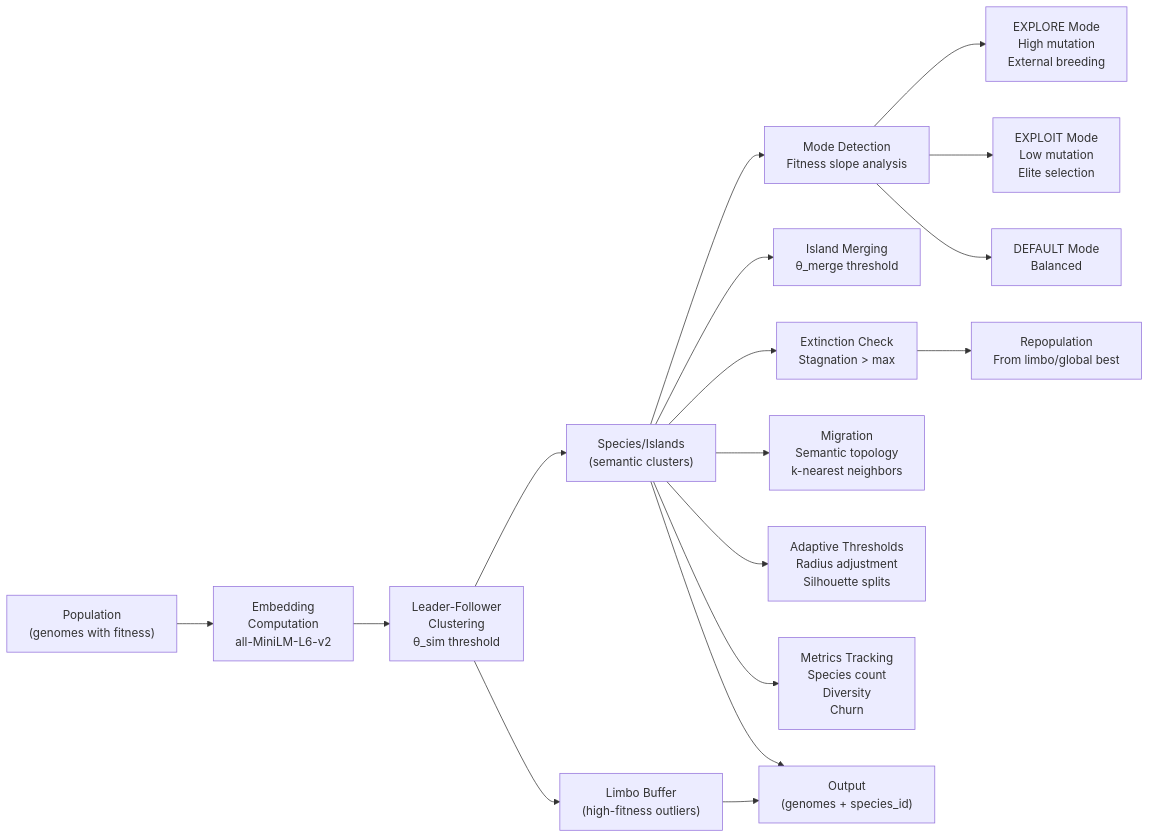
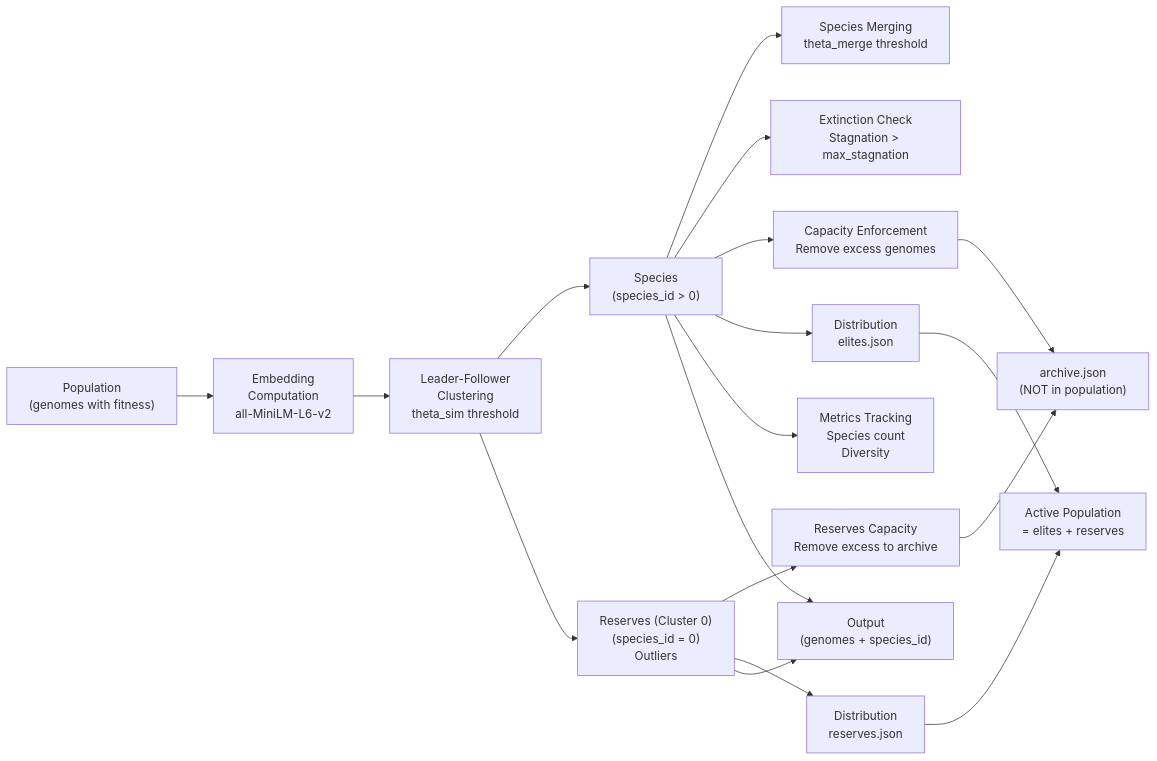
The second of 2 diagrams in ARCHITECTURE.md (Onkar2102/ToxSearch), drawn with Mermaid before and after one commit. The commit also changed other lines of this file and 24 other files, not shown here.

First line of the commit message:
Updated architecture and process flow documentation to reflect changes in speciation framework

````diff
--- a/ARCHITECTURE.md
+++ b/ARCHITECTURE.md
@@ -74,25 +76,27 @@
 ```mermaid
 flowchart LR
   POP["Population<br/>(genomes with fitness)"] --> EMB["Embedding<br/>Computation<br/>all-MiniLM-L6-v2"]
-  EMB --> LF["Leader-Follower<br/>Clustering<br/>θ_sim threshold"]
-  LF --> SP["Species/Islands<br/>(semantic clusters)"]
-  LF --> LIM["Limbo Buffer<br/>(high-fitness outliers)"]
+  EMB --> LF["Leader-Follower<br/>Clustering<br/>theta_sim threshold"]
+  LF --> SP["Species<br/>(species_id > 0)"]
+    LF --> RES["Reserves (Cluster 0)<br/>(species_id = 0)<br/>Outliers"]
   
-  SP --> MODE["Mode Detection<br/>Fitness slope analysis"]
-  MODE --> EXP["EXPLORE Mode<br/>High mutation<br/>External breeding"]
-  MODE --> EXP2["EXPLOIT Mode<br/>Low mutation<br/>Elite selection"]
-  MODE --> DEF["DEFAULT Mode<br/>Balanced"]
+  SP --> MERGE["Species Merging<br/>theta_merge threshold"]
+  SP --> EXT["Extinction Check<br/>Stagnation > max_stagnation"]
+  SP --> CAP["Capacity Enforcement<br/>Remove excess genomes"]
   
-  SP --> MERGE["Island Merging<br/>θ_merge threshold"]
-  SP --> EXT["Extinction Check<br/>Stagnation > max"]
-  EXT --> REP["Repopulation<br/>From limbo/global best"]
+  RES --> CAP2["Reserves Capacity<br/>Remove excess to archive"]
   
-  SP --> MIG["Migration<br/>Semantic topology<br/>k-nearest neighbors"]
+  CAP --> ARCH["archive.json<br/>(NOT in population)"]
+  CAP2 --> ARCH
   
-  SP --> ADAPT["Adaptive Thresholds<br/>Radius adjustment<br/>Silhouette splits"]
+  SP --> DIST["Distribution<br/>elites.json"]
+  RES --> DIST2["Distribution<br/>reserves.json"]
   
-  SP --> MET["Metrics Tracking<br/>Species count<br/>Diversity<br/>Churn"]
+  DIST --> OUT["Active Population<br/>= elites + reserves"]
+  DIST2 --> OUT
   
-  SP --> OUT["Output<br/>(genomes + species_id)"]
-  LIM --> OUT
+  SP --> MET["Metrics Tracking<br/>Species count<br/>Diversity"]
+  
+  SP --> OUT2["Output<br/>(genomes + species_id)"]
+  RES --> OUT2
 ```
````
